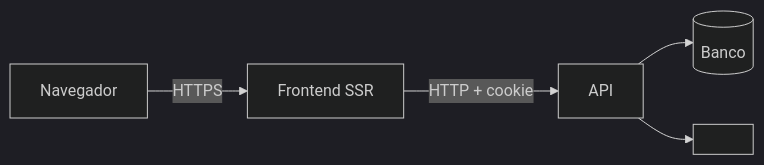
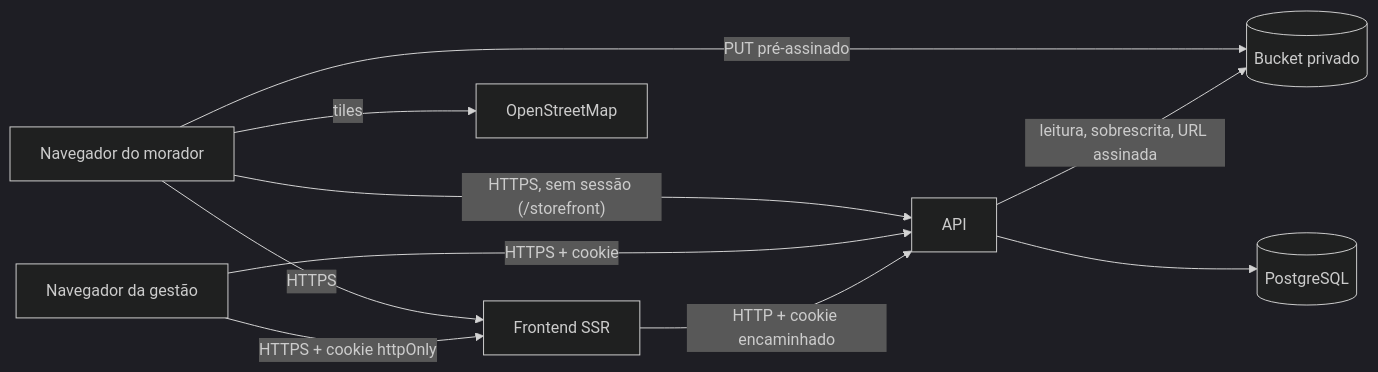
Before and after one commit to jhollyfer/curupira: the diagram in docs/SECURITY.md, drawn with Mermaid (dark theme). The commit also changed other lines of this file and 2 other files, not shown here.

````diff
--- a/docs/SECURITY.md
+++ b/docs/SECURITY.md
@@ -26,7 +29,12 @@
 ```mermaid
 flowchart LR
-  user[Navegador] -->|HTTPS| web[Frontend SSR]
-  web -->|HTTP + cookie| api[API]
-  api --> db[(Banco)]
-  api --> ext[<Serviço externo>]
+  user[Navegador do morador] -->|HTTPS| web[Frontend SSR]
+  user -->|"HTTPS, sem sessão (/storefront)"| api[API]
+  user -->|PUT pré-assinado| bucket[(Bucket privado)]
+  staff[Navegador da gestão] -->|HTTPS + cookie httpOnly| web
+  staff -->|HTTPS + cookie| api
+  web -->|HTTP + cookie encaminhado| api
+  api --> db[(PostgreSQL)]
+  api -->|leitura, sobrescrita, URL assinada| bucket
+  user -->|tiles| osm[OpenStreetMap]
 ```
````
